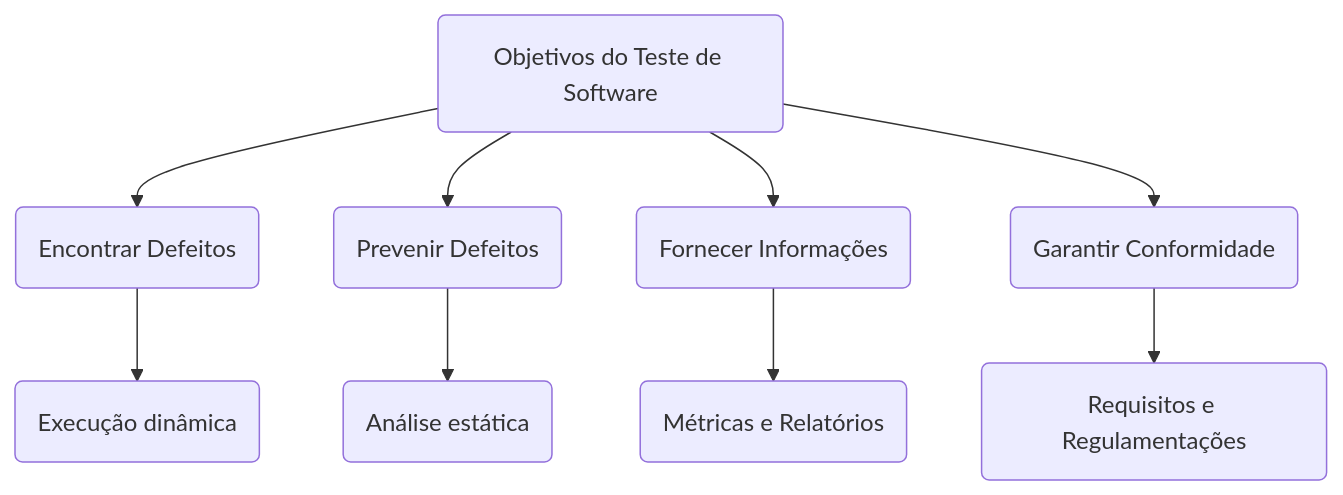
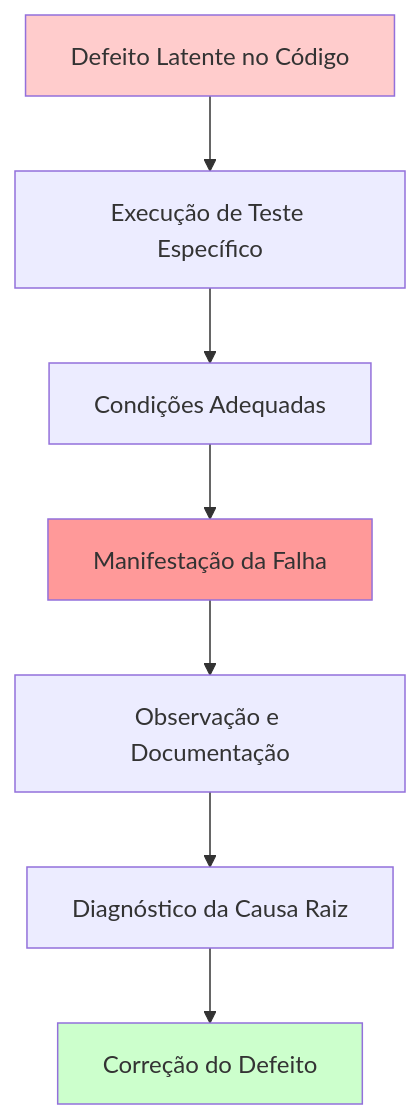
Before and after one commit to jacksonpradolima/teste-software: the first of 26 diagrams in docs/aulas/aula-01-02-introducao-teste-software-qualidade/README.md, drawn with Mermaid. The commit also changed other lines of this file, not shown here.

````diff
--- a/docs/aulas/aula-01-02-introducao-teste-software-qualidade/README.md
+++ b/docs/aulas/aula-01-02-introducao-teste-software-qualidade/README.md
@@ -102,12 +147,13 @@
 ```mermaid
 graph TD
-    A(Objetivos do Teste de Software) --> B(Encontrar Defeitos);
-    A --> C(Prevenir Defeitos);
-    A --> D(Fornecer Informações);
-    A --> E(Garantir Conformidade);
-
-    B --> B1(Execução dinâmica);
-    C --> C1(Análise estática);
-    D --> D1(Métricas e Relatórios);
-    E --> E1(Requisitos e Regulamentações);
+    A[Defeito Latente no Código] --> B[Execução de Teste Específico]
+    B --> C[Condições Adequadas]
+    C --> D[Manifestação da Falha]
+    D --> E[Observação e Documentação]
+    E --> F[Diagnóstico da Causa Raiz]
+    F --> G[Correção do Defeito]
+    
+    style A fill:#ffcccc
+    style D fill:#ff9999
+    style G fill:#ccffcc
 ```
````
